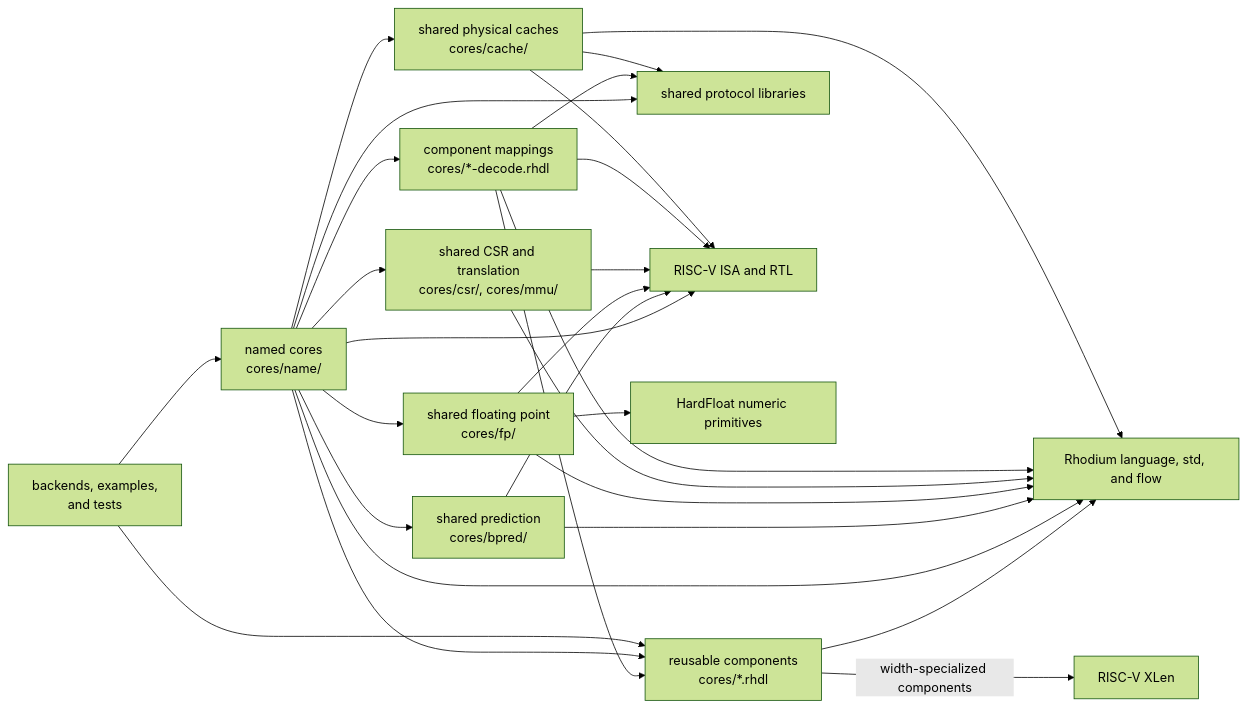
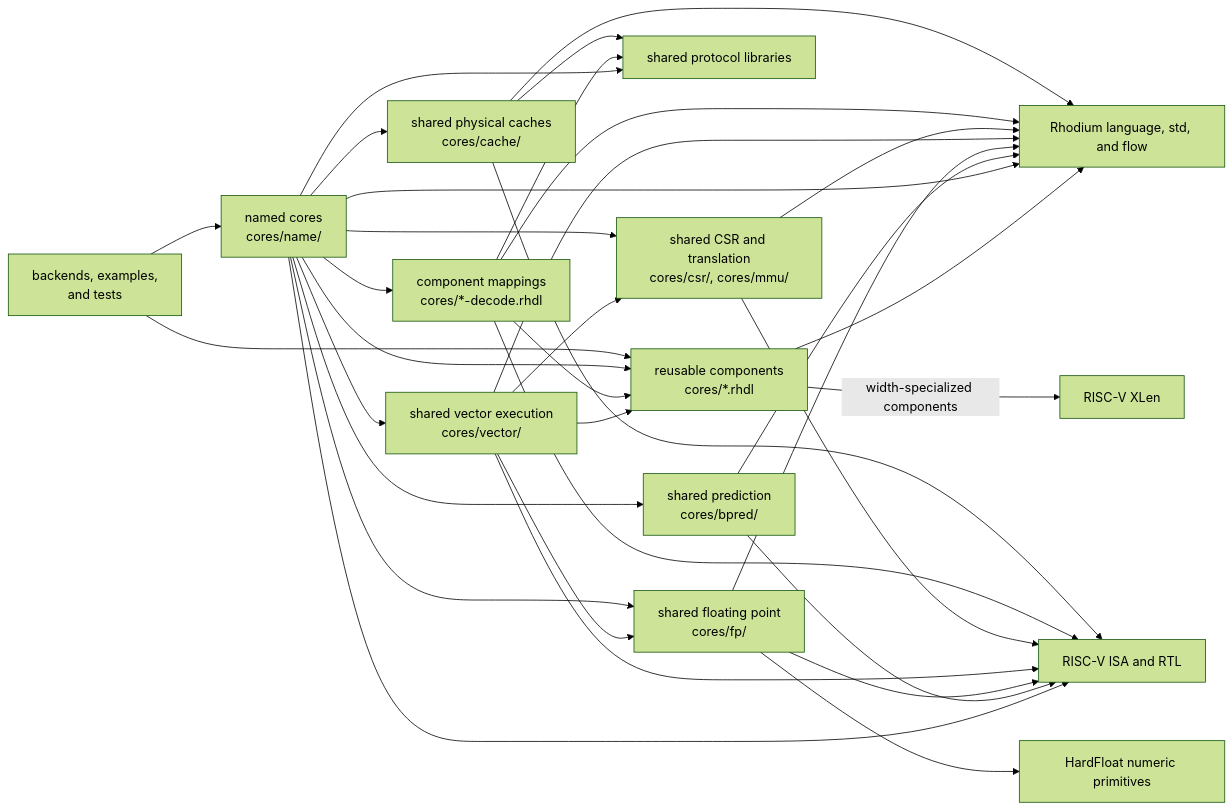
The diagram in cores/DEVELOPING.md (jerryz123/rhodium), drawn with Mermaid (forest theme) before and after one commit. The commit also changed other lines of this file and 139 other files, not shown here.

Commit message:
factor out reusable vector

````diff
--- a/cores/DEVELOPING.md
+++ b/cores/DEVELOPING.md
@@ -47,30 +49,36 @@
 ```mermaid
 flowchart LR
   Consumers["backends, examples,<br/>and tests"] --> Named["named cores<br/>cores/name/"]
   Consumers --> Reusable["reusable components<br/>cores/*.rhdl"]
   Named --> Reusable
   Named --> Cache["shared physical caches<br/>cores/cache/"]
   Cache --> Protocols
   Cache --> Riscv
   Cache --> Rhodium
   Named --> Mapping["component mappings<br/>cores/*-decode.rhdl"]
   Mapping --> Reusable
   Mapping --> Riscv
   Mapping --> Protocols
   Mapping --> Rhodium
   Named --> State["shared CSR and translation<br/>cores/csr/, cores/mmu/"]
   State --> Riscv
   State --> Rhodium
   Named --> FP["shared floating point<br/>cores/fp/"]
+  Named --> Vector["shared vector execution<br/>cores/vector/"]
+  Vector --> FP
+  Vector --> State
+  Vector --> Reusable
+  Vector --> Riscv
+  Vector --> Rhodium
   FP --> Riscv
   FP --> Rhodium
   FP --> HardFloat["HardFloat numeric primitives"]
   Named --> Bpred["shared prediction<br/>cores/bpred/"]
   Bpred --> Riscv
   Bpred --> Rhodium
   Named --> Riscv["RISC-V ISA and RTL"]
   Named --> Protocols["shared protocol libraries"]
   Named --> Rhodium["Rhodium language, std, and flow"]
   Reusable --> Rhodium
   Reusable -->|"width-specialized components"| Xlen["RISC-V XLen"]
 ```
````
